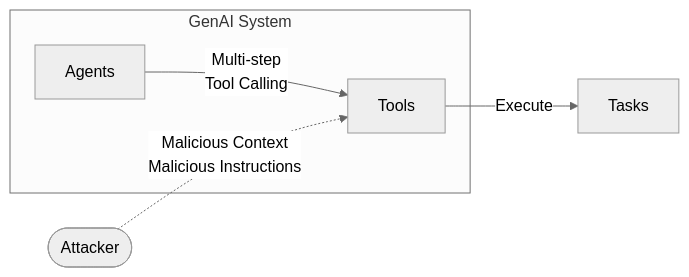
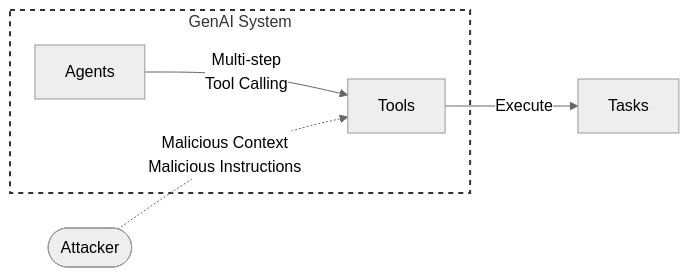
The eighth of 12 diagrams in docs/attack_entry_points/index.md (felipepenha/gurple), drawn with Mermaid (neutral theme) before and after one commit. The commit also changed other lines of this file and 3 other files, not shown here.

````diff
--- a/docs/attack_entry_points/index.md
+++ b/docs/attack_entry_points/index.md
@@ -137,13 +137,15 @@
     ```mermaid
     graph LR
 
-        subgraph GenAI System
+        subgraph dashed_box [GenAI System]
             Agents[Agents]
             Tools[Tools]
         end
 
         Agents --> |Multi-step<br />Tool Calling| Tools
         Attacker([Attacker]) -.-> |Malicious Context<br /> Malicious Instructions| Tools
 
         Tools -->|Execute| Tasks[Tasks]
+
+        style dashed_box stroke-dasharray: 5 5, fill:none,stroke:#333,stroke-width:2px;
     ```
````
